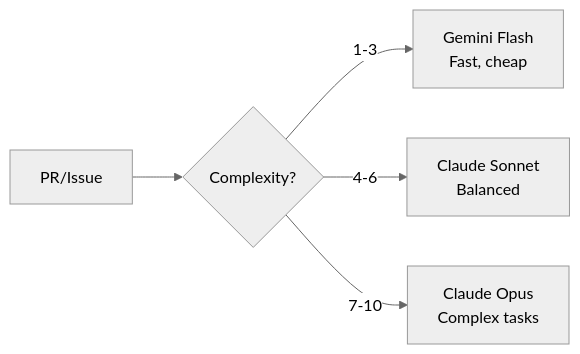
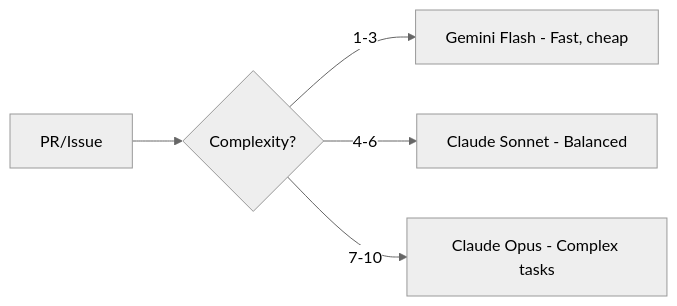
Before and after one commit to intent-solutions-io/iam-git-with-intent: the eighth of 16 diagrams in README.md, drawn with Mermaid (neutral theme). The commit also changed other lines of this file and 1 other file, not shown here.

First line of the commit message:
fix: mermaid diagrams and Claude Code hook format (#70)

````diff
--- a/README.md
+++ b/README.md
@@ -323,8 +323,8 @@
 ```mermaid
 flowchart LR
     PR[PR/Issue] --> Score{Complexity?}
 
-    Score -->|1-3| Fast[Gemini Flash<br/>Fast, cheap]
-    Score -->|4-6| Medium[Claude Sonnet<br/>Balanced]
-    Score -->|7-10| Powerful[Claude Opus<br/>Complex tasks]
+    Score -->|1-3| Fast[Gemini Flash - Fast, cheap]
+    Score -->|4-6| Medium[Claude Sonnet - Balanced]
+    Score -->|7-10| Powerful[Claude Opus - Complex tasks]
 ```
````
